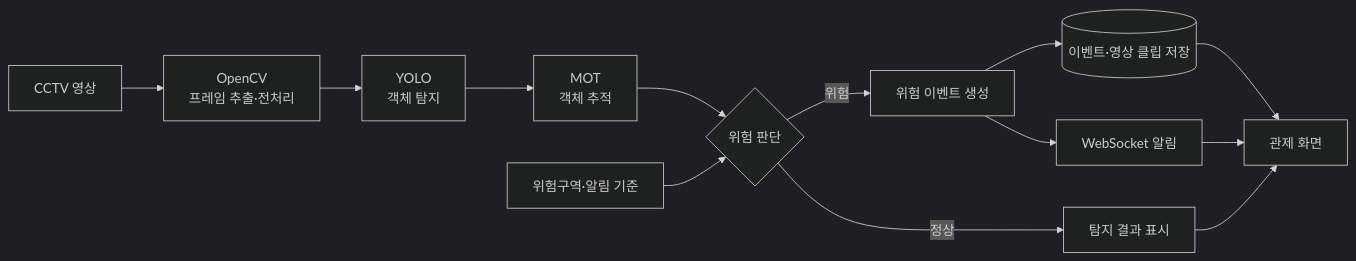
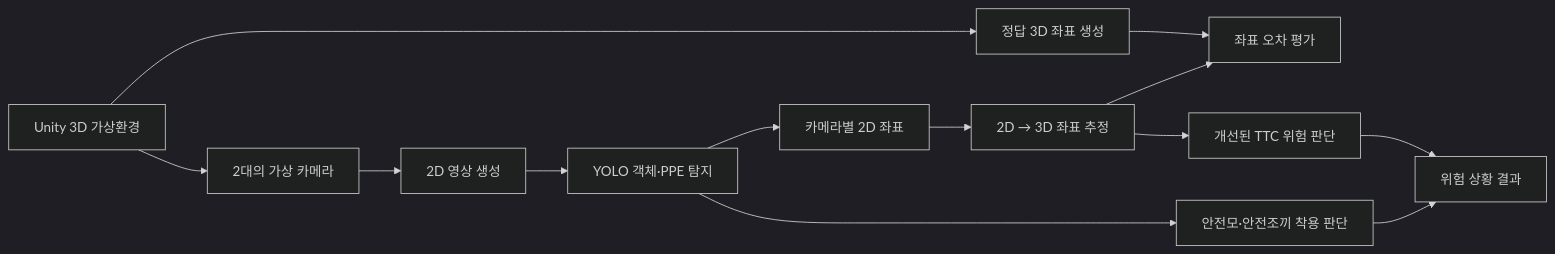
Before and after one commit to geunchanKim/Comprehensive-Design-Project2-CCTV-Safety: the diagram in README.md, drawn with Mermaid (dark theme). The commit also changed other lines of this file, not shown here.

````diff
--- a/README.md
+++ b/README.md
@@ -79,15 +72,15 @@
 ```mermaid
 flowchart LR
-    A[CCTV 영상] --> B[OpenCV<br/>프레임 추출·전처리]
-    B --> C[YOLO<br/>객체 탐지]
-    C --> D[MOT<br/>객체 추적]
-    D --> E{위험 판단}
-    Z[위험구역·알림 기준] --> E
-    E -->|정상| F[탐지 결과 표시]
-    E -->|위험| G[위험 이벤트 생성]
-    G --> H[(이벤트·영상 클립 저장)]
-    G --> I[WebSocket 알림]
-    H --> J[관제 화면]
-    I --> J
-    F --> J
+    A[Unity 3D 가상환경] --> B[2대의 가상 카메라]
+    B --> C[2D 영상 생성]
+    A --> D[정답 3D 좌표 생성]
+    C --> E[YOLO 객체·PPE 탐지]
+    E --> F[카메라별 2D 좌표]
+    F --> G[2D → 3D 좌표 추정]
+    D --> H[좌표 오차 평가]
+    G --> H
+    G --> I[개선된 TTC 위험 판단]
+    E --> J[안전모·안전조끼 착용 판단]
+    I --> K[위험 상황 결과]
+    J --> K
 ```
````
